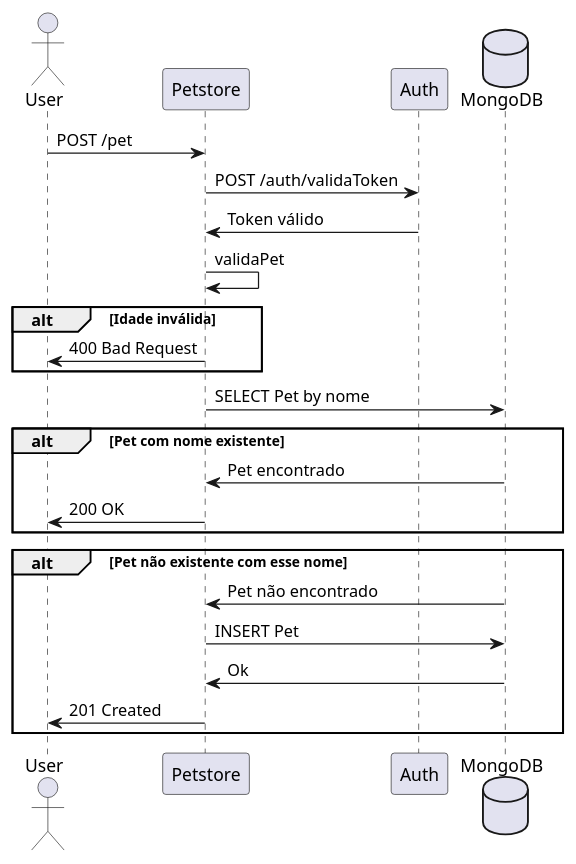
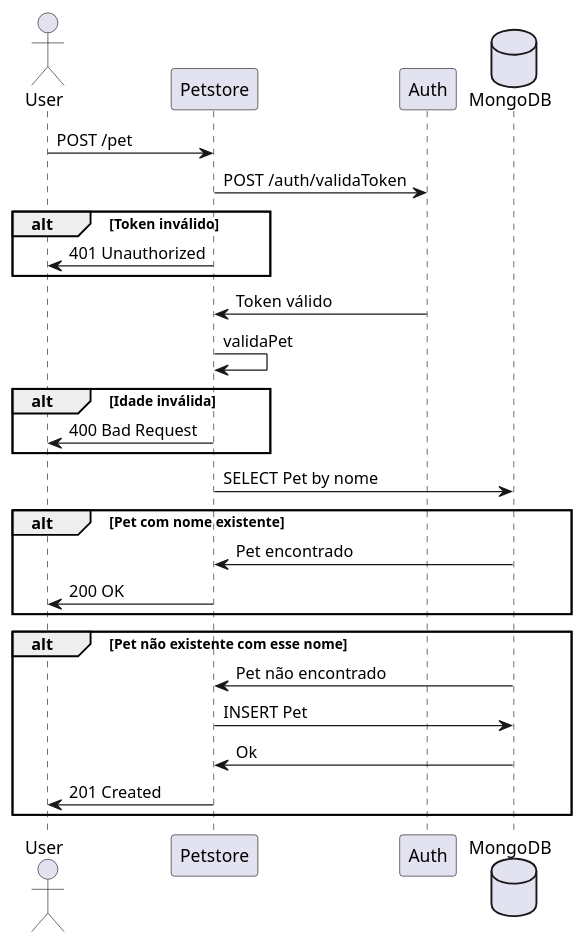
Before and after one commit to adautomendes/DM124-1sem-2025: the diagram in diagramas/inserir.puml, drawn with PlantUML. The commit also changed 9 other files, not shown here.

```diff
--- a/diagramas/inserir.puml
+++ b/diagramas/inserir.puml
@@ -1,31 +1,36 @@
 @startuml
 
 actor User
 participant Petstore
 participant Auth
 database MongoDB
 
 User -> Petstore: POST /pet
 Petstore -> Auth: POST /auth/validaToken
+
+alt Token inválido
+    Petstore -> User: 401 Unauthorized
+end
+
 Auth -> Petstore: Token válido
 Petstore -> Petstore: validaPet
 
 alt Idade inválida
     Petstore -> User: 400 Bad Request
 end
 
 Petstore -> MongoDB : SELECT Pet by nome
 
 alt Pet com nome existente
     MongoDB -> Petstore: Pet encontrado
     Petstore -> User: 200 OK
 end
 
 alt Pet não existente com esse nome
     MongoDB -> Petstore: Pet não encontrado
     Petstore -> MongoDB : INSERT Pet
     MongoDB -> Petstore: Ok
     Petstore -> User: 201 Created
 end
 
 @enduml
```
